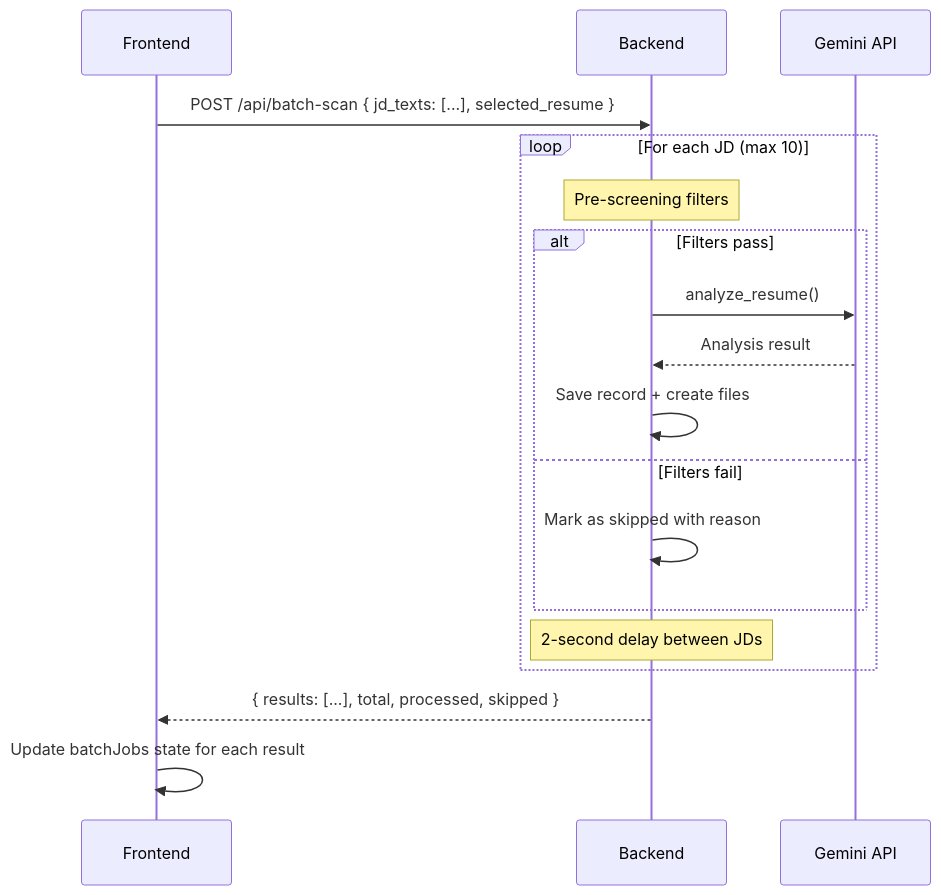
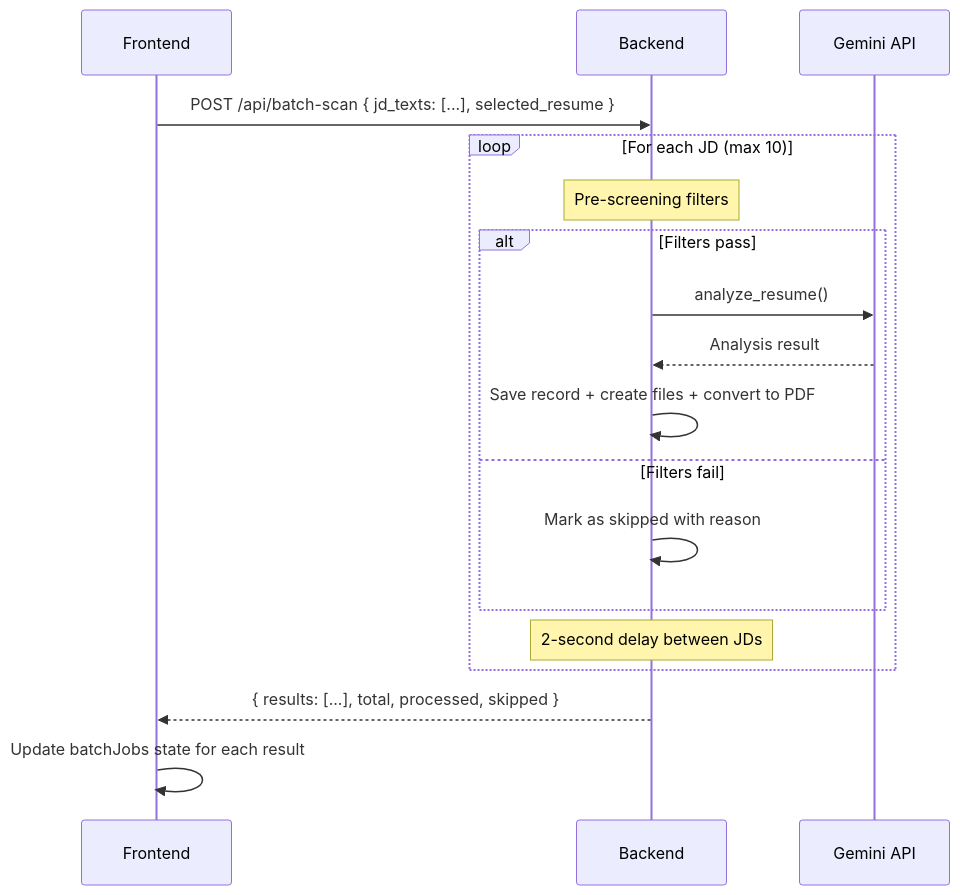
Before and after one commit to tejamahesh1433/job-trailerd-resume: the second of 13 diagrams in docx/Data_Flow_Sequences.md, drawn with Mermaid. The commit also changed other lines of this file and 9 other files, not shown here.

````diff
--- a/docx/Data_Flow_Sequences.md
+++ b/docx/Data_Flow_Sequences.md
@@ -63,23 +66,23 @@
 ```mermaid
 sequenceDiagram
     participant FE as Frontend
     participant BE as Backend
     participant AI as Gemini API
 
     FE->>BE: POST /api/batch-scan { jd_texts: [...], selected_resume }
 
     loop For each JD (max 10)
         Note over BE: Pre-screening filters
         alt Filters pass
             BE->>AI: analyze_resume()
             AI-->>BE: Analysis result
-            BE->>BE: Save record + create files
+            BE->>BE: Save record + create files + convert to PDF
         else Filters fail
             BE->>BE: Mark as skipped with reason
         end
         Note over BE: 2-second delay between JDs
     end
 
     BE-->>FE: { results: [...], total, processed, skipped }
     FE->>FE: Update batchJobs state for each result
 ```
````
